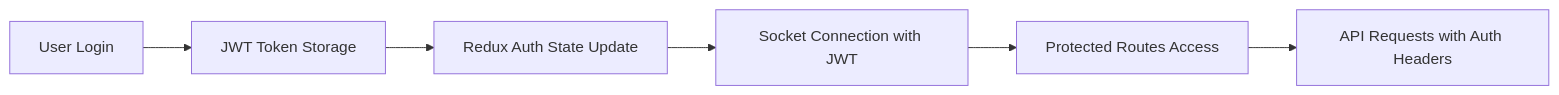
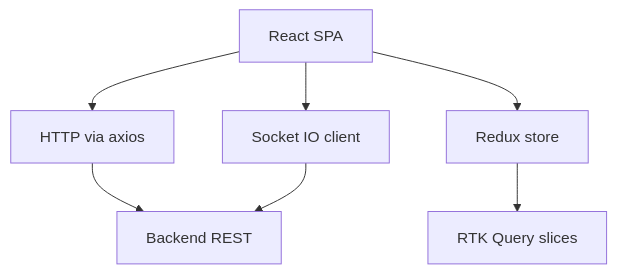
Before and after one commit to Congglee/trellone-app: the first of 5 diagrams in .kilocode/rules/memory-bank/architecture.md, drawn with Mermaid. The commit also changed other lines of this file and 40 other files, not shown here.

Commit message:
refactor: standardize RTK Query mutation handling and update project documentation

````diff
--- a/.kilocode/rules/memory-bank/architecture.md
+++ b/.kilocode/rules/memory-bank/architecture.md
@@ -251,8 +20,9 @@
 ```mermaid
-graph LR
-    A[User Login] --> B[JWT Token Storage]
-    B --> C[Redux Auth State Update]
-    C --> D[Socket Connection with JWT]
-    D --> E[Protected Routes Access]
-    E --> F[API Requests with Auth Headers]
+graph TD
+    A[React SPA] --> B[HTTP via axios]
+    A --> C[Socket IO client]
+    A --> D[Redux store]
+    D --> E[RTK Query slices]
+    B --> F[Backend REST]
+    C --> F
 ```
````
